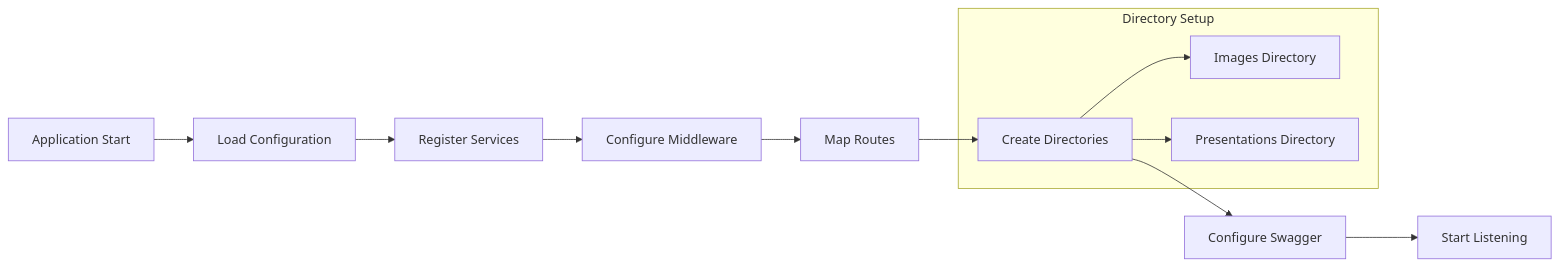
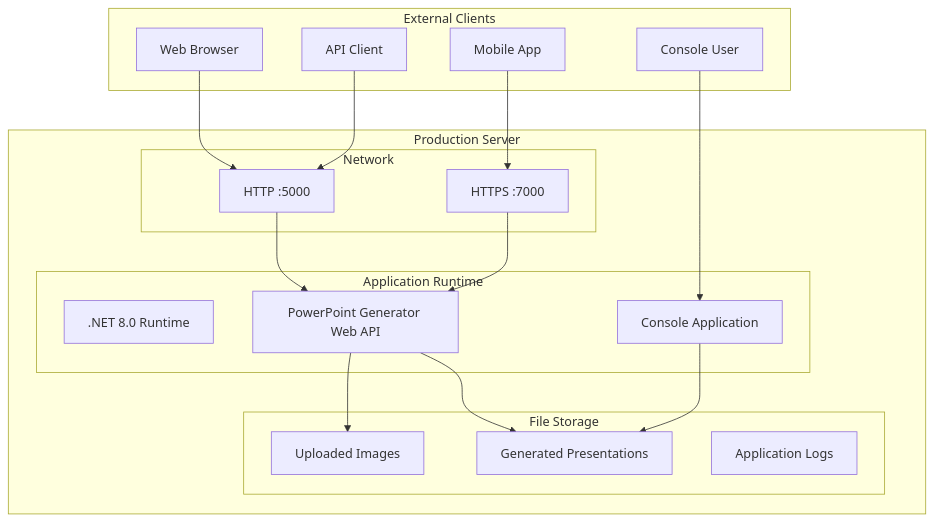
Before and after one commit to ahemavathy/Powerpoint: the fifth of 11 diagrams in ARCHITECTURE_DIAGRAMS.md, drawn with Mermaid. The commit also changed other lines of this file and 8 other files, not shown here.

````diff
--- a/ARCHITECTURE_DIAGRAMS.md
+++ b/ARCHITECTURE_DIAGRAMS.md
@@ -143,15 +206,39 @@
 ```mermaid
-graph LR
-    START[Application Start] --> CONFIG[Load Configuration]
-    CONFIG --> SERVICES[Register Services]
-    SERVICES --> MIDDLEWARE[Configure Middleware]
-    MIDDLEWARE --> ROUTES[Map Routes]
-    ROUTES --> DIRS[Create Directories]
-    DIRS --> SWAGGER[Configure Swagger]
-    SWAGGER --> LISTEN[Start Listening]
+graph TB
+    subgraph "Production Server"
+        subgraph "Application Runtime"
+            NET8[.NET 8.0 Runtime]
+            WEBAPP[PowerPoint Generator Web API]
+            CONSOLE[Console Application]
+        end
+        
+        subgraph "File Storage"
+            UPLOAD_IMGS[Uploaded Images]
+            GEN_PPTS[Generated Presentations]
+            LOGS[Application Logs]
+        end
+        
+        subgraph "Network"
+            HTTP[HTTP :5000]
+            HTTPS[HTTPS :7000]
+        end
+    end
     
-    subgraph "Directory Setup"
-        DIRS --> IMG_DIR[Images Directory]
-        DIRS --> PPT_DIR[Presentations Directory]
+    subgraph "External Clients"
+        BROWSER[Web Browser]
+        MOBILE[Mobile App]
+        API_CLIENT[API Client]
+        CLI_USER[Console User]
     end
+    
+    BROWSER --> HTTP
+    MOBILE --> HTTPS
+    API_CLIENT --> HTTP
+    CLI_USER --> CONSOLE
+    
+    HTTP --> WEBAPP
+    HTTPS --> WEBAPP
+    WEBAPP --> UPLOAD_IMGS
+    WEBAPP --> GEN_PPTS
+    CONSOLE --> GEN_PPTS
 ```
````
